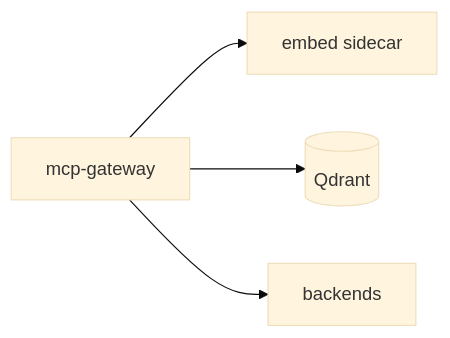
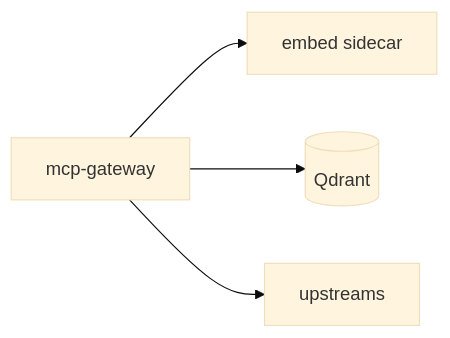
The fourth of 4 diagrams in docs/ADDING_UPSTREAMS.md (KarmaXP/mcp-gateway), drawn with Mermaid (base theme) before and after one commit. The commit also changed other lines of this file and 61 other files, not shown here.

````diff
--- a/docs/ADDING_UPSTREAMS.md
+++ b/docs/ADDING_UPSTREAMS.md
@@ -194,11 +194,11 @@
 ```mermaid
 flowchart LR
  gw[mcp-gateway]
  emb[embed sidecar]
  qd[(Qdrant)]
- b1[backends]
+ b1[upstreams]
 
  gw --> emb
  gw --> qd
  gw --> b1
 ```
````
